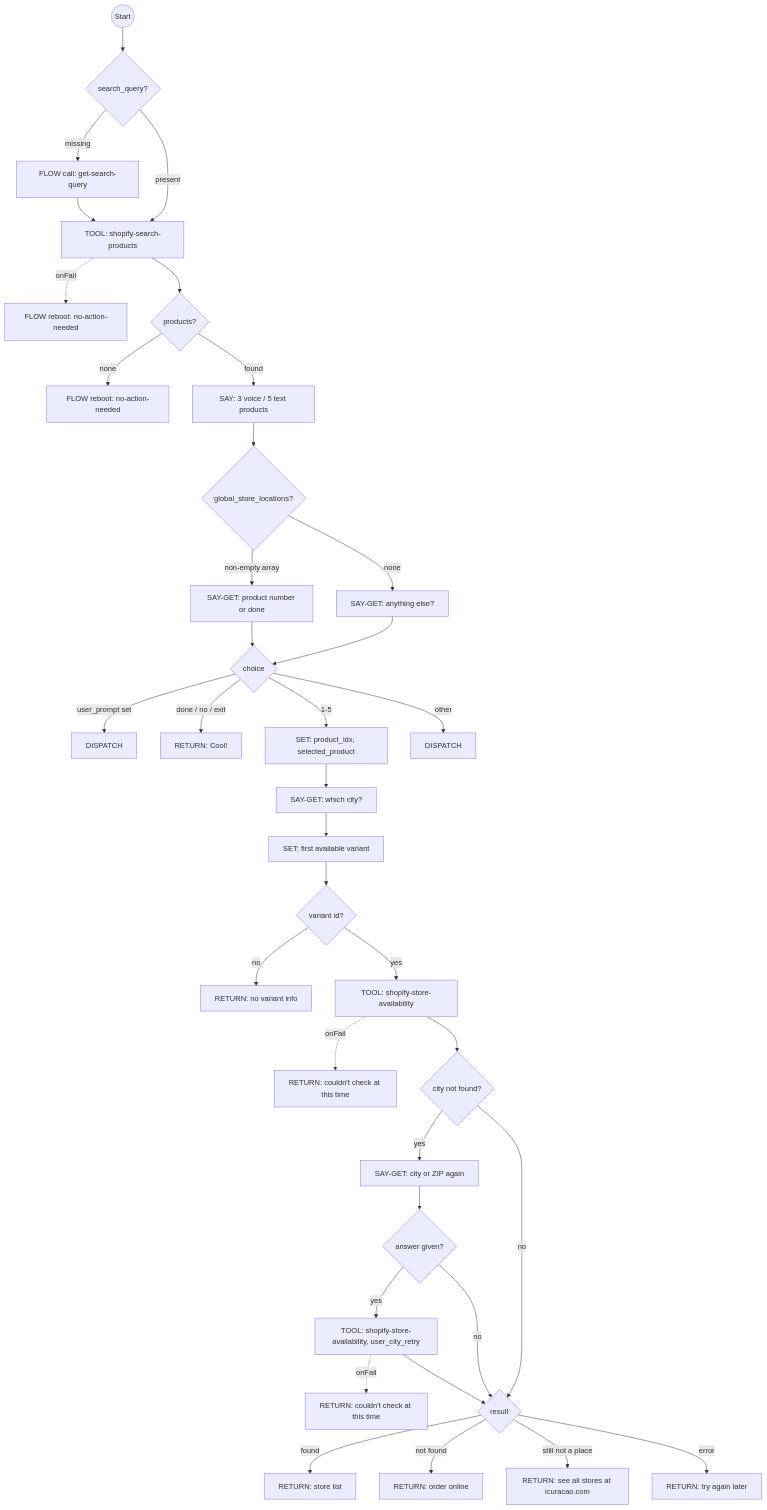
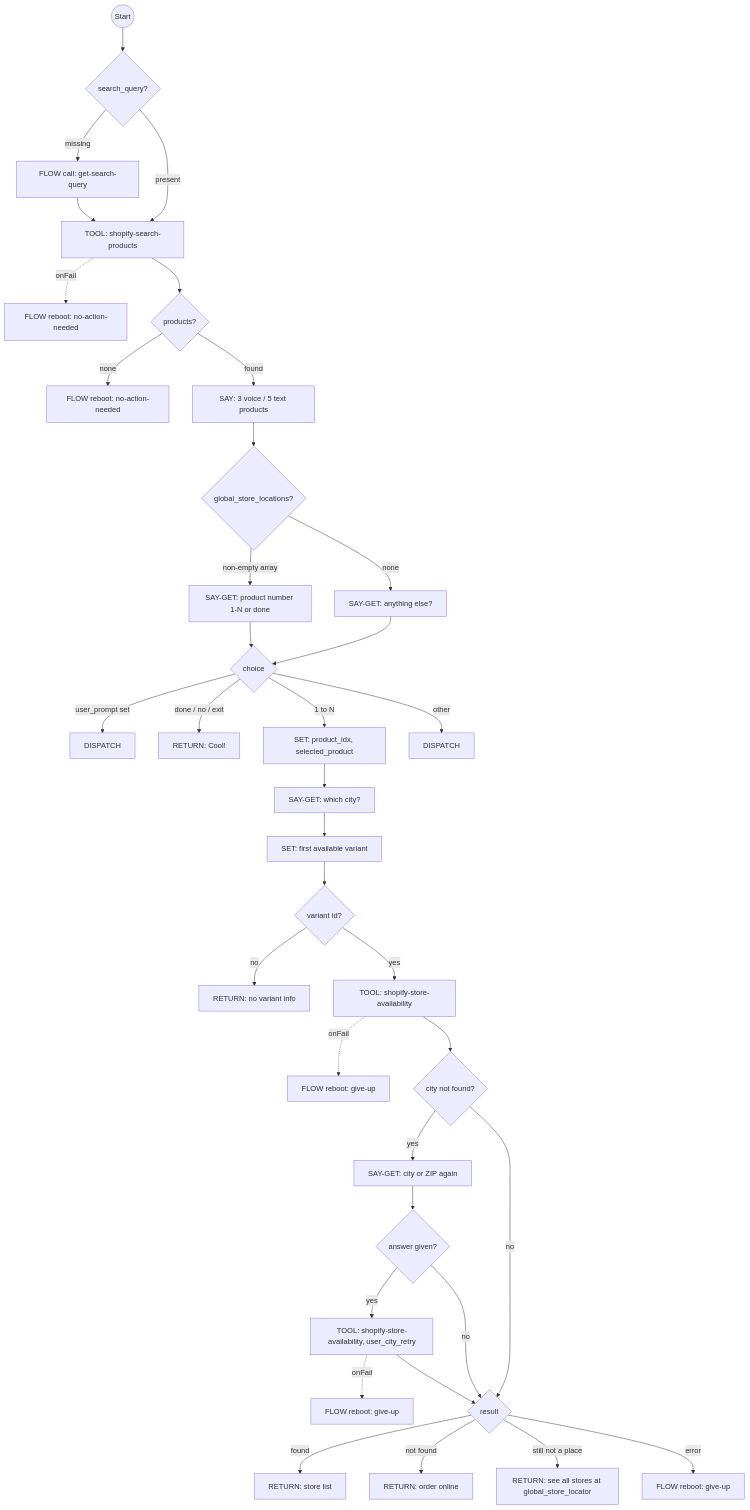
One commit to ronpinkas/jsfe changed the first of 6 diagrams in docs/shopify-flows.md. Above: the diagram before and after it, drawn with Mermaid. The commit also changed other lines of this file and 1 other file, not shown here.

````diff
--- a/docs/shopify-flows.md
+++ b/docs/shopify-flows.md
@@ -78,38 +78,38 @@
 ```mermaid
 graph TD
     start((Start)) --> has_query{search_query?}
     has_query -->|missing| ask_for_search_query[FLOW call: get-search-query]
     has_query -->|present| search_products
     ask_for_search_query --> search_products[TOOL: shopify-search-products]
     search_products -.->|onFail| search_failed[FLOW reboot: no-action-needed]
     search_products --> display_results{products?}
     display_results -->|none| no_results[FLOW reboot: no-action-needed]
     display_results -->|found| show_results[SAY: 3 voice / 5 text products]
     show_results --> stores{global_store_locations?}
-    stores -->|non-empty array| ask_store_check[SAY-GET: product number or done]
+    stores -->|non-empty array| ask_store_check[SAY-GET: product number 1-N or done]
     stores -->|none| all_done[SAY-GET: anything else?]
     ask_store_check --> choice{choice}
     all_done --> choice
     choice -->|user_prompt set| no_choice_made[DISPATCH]
     choice -->|done / no / exit| end_search[RETURN: Cool!]
-    choice -->|1-5| set_product_idx[SET: product_idx, selected_product]
+    choice -->|1 to N| set_product_idx[SET: product_idx, selected_product]
     choice -->|other| invalid_choice[DISPATCH]
     set_product_idx --> ask_city[SAY-GET: which city?]
     ask_city --> set_selected_variant[SET: first available variant]
     set_selected_variant --> check_variant_valid{variant id?}
     check_variant_valid -->|no| no_variants[RETURN: no variant info]
     check_variant_valid -->|yes| lookup[TOOL: shopify-store-availability]
-    lookup -.->|onFail| availability_failed[RETURN: couldn't check at this time]
+    lookup -.->|onFail| availability_failed[FLOW reboot: give-up]
     lookup --> geocode_failed{city not found?}
     geocode_failed -->|yes| ask_city_again[SAY-GET: city or ZIP again]
     ask_city_again --> retry_answer{answer given?}
     retry_answer -->|yes| lookup_retry[TOOL: shopify-store-availability, user_city_retry]
     retry_answer -->|no| display_availability
-    lookup_retry -.->|onFail| availability_retry_failed[RETURN: couldn't check at this time]
+    lookup_retry -.->|onFail| availability_retry_failed[FLOW reboot: give-up]
     lookup_retry --> display_availability
     geocode_failed -->|no| display_availability{result}
     display_availability -->|found| show_stores[RETURN: store list]
     display_availability -->|not found| no_stock[RETURN: order online]
-    display_availability -->|still not a place| still_not_a_place[RETURN: see all stores at icuracao.com]
-    display_availability -->|error| availability_error[RETURN: try again later]
+    display_availability -->|still not a place| still_not_a_place[RETURN: see all stores at global_store_locator]
+    display_availability -->|error| availability_error[FLOW reboot: give-up]
 ```
````
